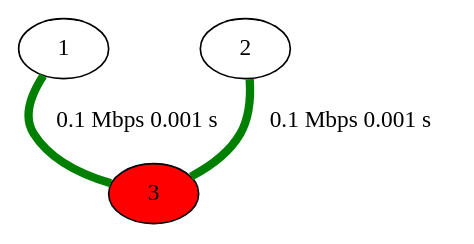
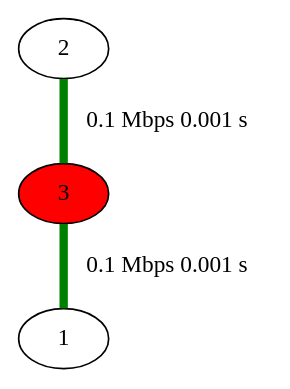
Before and after one commit to nonononoka/ntSimulator: the diagram in network.gv, drawn with Graphviz. The commit also changed other lines of this file and 7 other files, not shown here.

```diff
--- a/network.gv
+++ b/network.gv
@@ -1,22 +1,22 @@
 strict graph {
 
-
-	"1" [  weight=0 ];
-
-	"1" -- "3" [ color="green", label="0.1 Mbps 0.001 s
-", penwidth="5.00",  weight=0 ];
 
 	"2" [  weight=0 ];
 
 	"2" -- "3" [ color="green", label="0.1 Mbps 0.001 s
 ", penwidth="5.00",  weight=0 ];
 
 	"3" [ fillcolor="red", style="filled",  weight=0 ];
 
+	"3" -- "1" [ color="green", label="0.1 Mbps 0.001 s
+", penwidth="5.00",  weight=0 ];
+
 	"3" -- "2" [ color="green", label="0.1 Mbps 0.001 s
 ", penwidth="5.00",  weight=0 ];
 
-	"3" -- "1" [ color="green", label="0.1 Mbps 0.001 s
+	"1" [  weight=0 ];
+
+	"1" -- "3" [ color="green", label="0.1 Mbps 0.001 s
 ", penwidth="5.00",  weight=0 ];
 
 }
```
